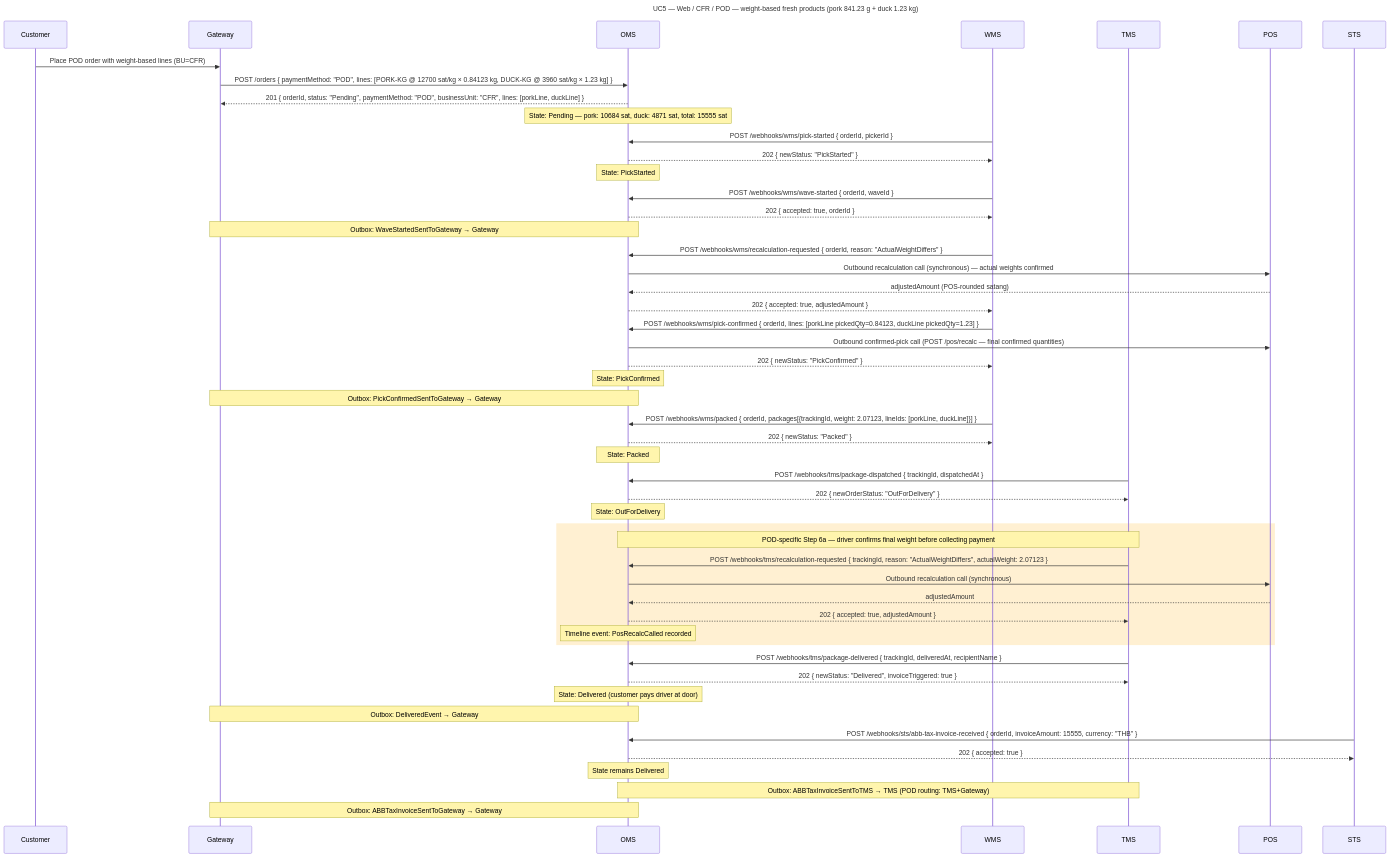
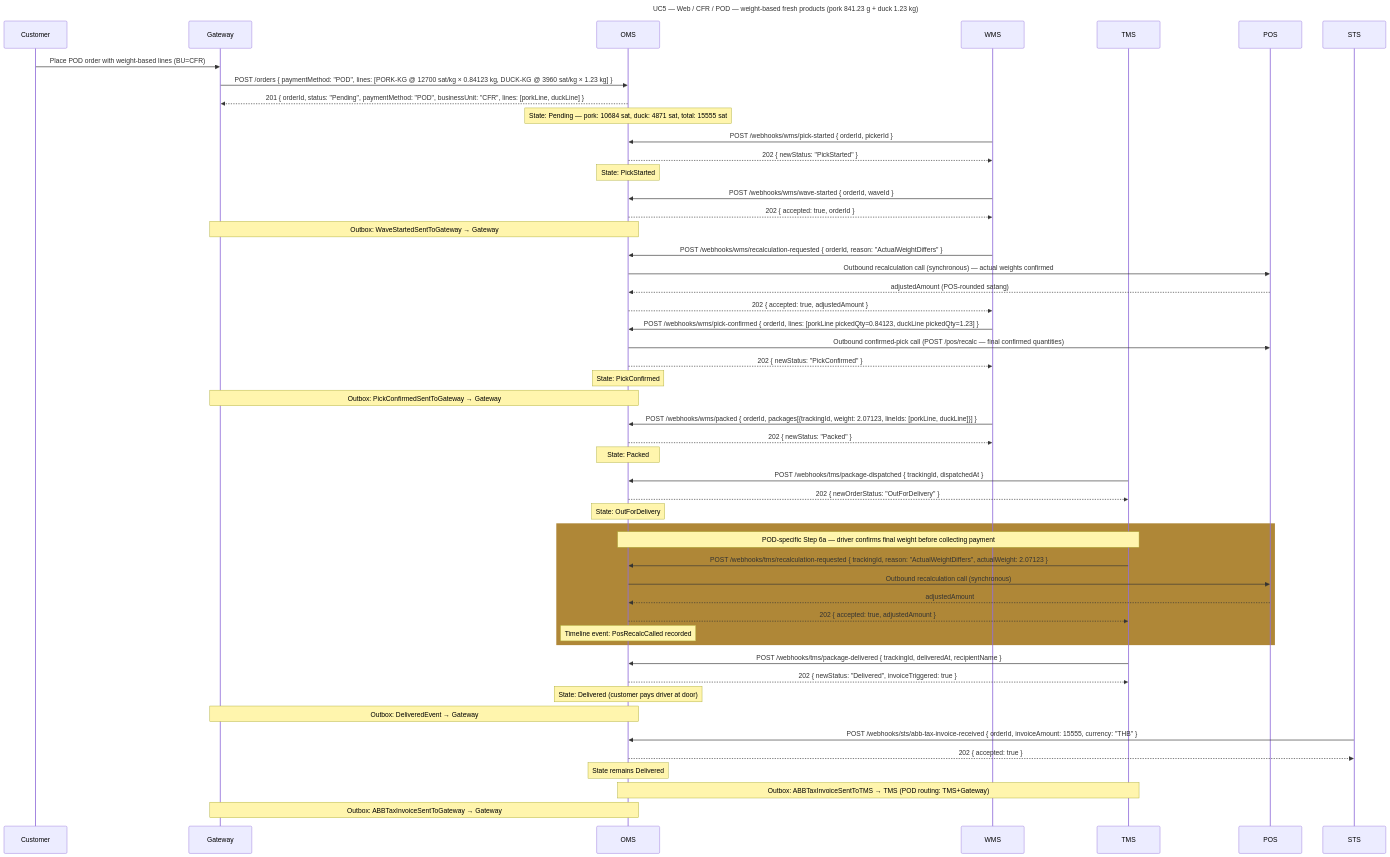
The fifth of 13 diagrams in docs/oms-e2e-sequence-diagrams.md (rosered11/oms-claude), drawn with Mermaid before and after one commit. The commit also changed other lines of this file and 39 other files, not shown here.

````diff
--- a/docs/oms-e2e-sequence-diagrams.md
+++ b/docs/oms-e2e-sequence-diagrams.md
@@ -272,64 +272,64 @@
 ```mermaid
 sequenceDiagram
   title: UC5 — Web / CFR / POD — weight-based fresh products (pork 841.23 g + duck 1.23 kg)
 
   participant Customer
   participant Gateway
   participant OMS
   participant WMS
   participant TMS
   participant POS
   participant STS
 
   Customer->>Gateway: Place POD order with weight-based lines (BU=CFR)
   Gateway->>OMS: POST /orders { paymentMethod: "POD", lines: [PORK-KG @ 12700 sat/kg × 0.84123 kg, DUCK-KG @ 3960 sat/kg × 1.23 kg] }
   OMS-->>Gateway: 201 { orderId, status: "Pending", paymentMethod: "POD", businessUnit: "CFR", lines: [porkLine, duckLine] }
   Note over OMS: State: Pending — pork: 10684 sat, duck: 4871 sat, total: 15555 sat
 
   WMS->>OMS: POST /webhooks/wms/pick-started { orderId, pickerId }
   OMS-->>WMS: 202 { newStatus: "PickStarted" }
   Note over OMS: State: PickStarted
 
   WMS->>OMS: POST /webhooks/wms/wave-started { orderId, waveId }
   OMS-->>WMS: 202 { accepted: true, orderId }
   Note over OMS,Gateway: Outbox: WaveStartedSentToGateway → Gateway
 
   WMS->>OMS: POST /webhooks/wms/recalculation-requested { orderId, reason: "ActualWeightDiffers" }
   OMS->>POS: Outbound recalculation call (synchronous) — actual weights confirmed
   POS-->>OMS: adjustedAmount (POS-rounded satang)
   OMS-->>WMS: 202 { accepted: true, adjustedAmount }
 
   WMS->>OMS: POST /webhooks/wms/pick-confirmed { orderId, lines: [porkLine pickedQty=0.84123, duckLine pickedQty=1.23] }
   OMS->>POS: Outbound confirmed-pick call (POST /pos/recalc — final confirmed quantities)
   OMS-->>WMS: 202 { newStatus: "PickConfirmed" }
   Note over OMS: State: PickConfirmed
   Note over OMS,Gateway: Outbox: PickConfirmedSentToGateway → Gateway
 
   WMS->>OMS: POST /webhooks/wms/packed { orderId, packages[{trackingId, weight: 2.07123, lineIds: [porkLine, duckLine]}] }
   OMS-->>WMS: 202 { newStatus: "Packed" }
   Note over OMS: State: Packed
 
   TMS->>OMS: POST /webhooks/tms/package-dispatched { trackingId, dispatchedAt }
   OMS-->>TMS: 202 { newOrderStatus: "OutForDelivery" }
   Note over OMS: State: OutForDelivery
 
-  rect rgb(255, 240, 210)
+  rect rgb(175, 135, 55)
     Note over TMS,OMS: POD-specific Step 6a — driver confirms final weight before collecting payment
     TMS->>OMS: POST /webhooks/tms/recalculation-requested { trackingId, reason: "ActualWeightDiffers", actualWeight: 2.07123 }
     OMS->>POS: Outbound recalculation call (synchronous)
     POS-->>OMS: adjustedAmount
     OMS-->>TMS: 202 { accepted: true, adjustedAmount }
     Note over OMS: Timeline event: PosRecalcCalled recorded
   end
 
   TMS->>OMS: POST /webhooks/tms/package-delivered { trackingId, deliveredAt, recipientName }
   OMS-->>TMS: 202 { newStatus: "Delivered", invoiceTriggered: true }
   Note over OMS: State: Delivered (customer pays driver at door)
   Note over OMS,Gateway: Outbox: DeliveredEvent → Gateway
 
   STS->>OMS: POST /webhooks/sts/abb-tax-invoice-received { orderId, invoiceAmount: 15555, currency: "THB" }
   OMS-->>STS: 202 { accepted: true }
   Note over OMS: State remains Delivered
   Note over OMS,TMS: Outbox: ABBTaxInvoiceSentToTMS → TMS (POD routing: TMS+Gateway)
   Note over OMS,Gateway: Outbox: ABBTaxInvoiceSentToGateway → Gateway
 ```
````
